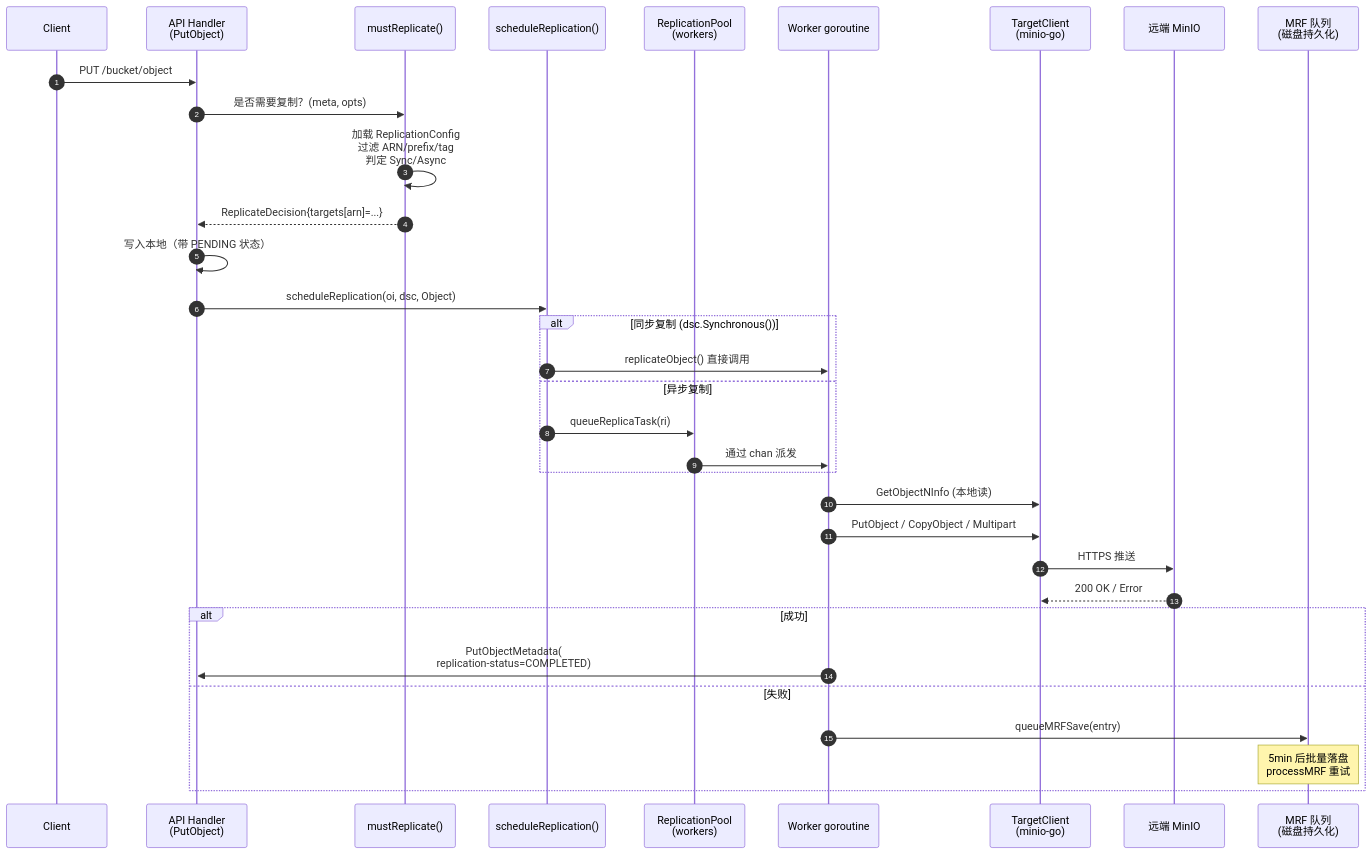
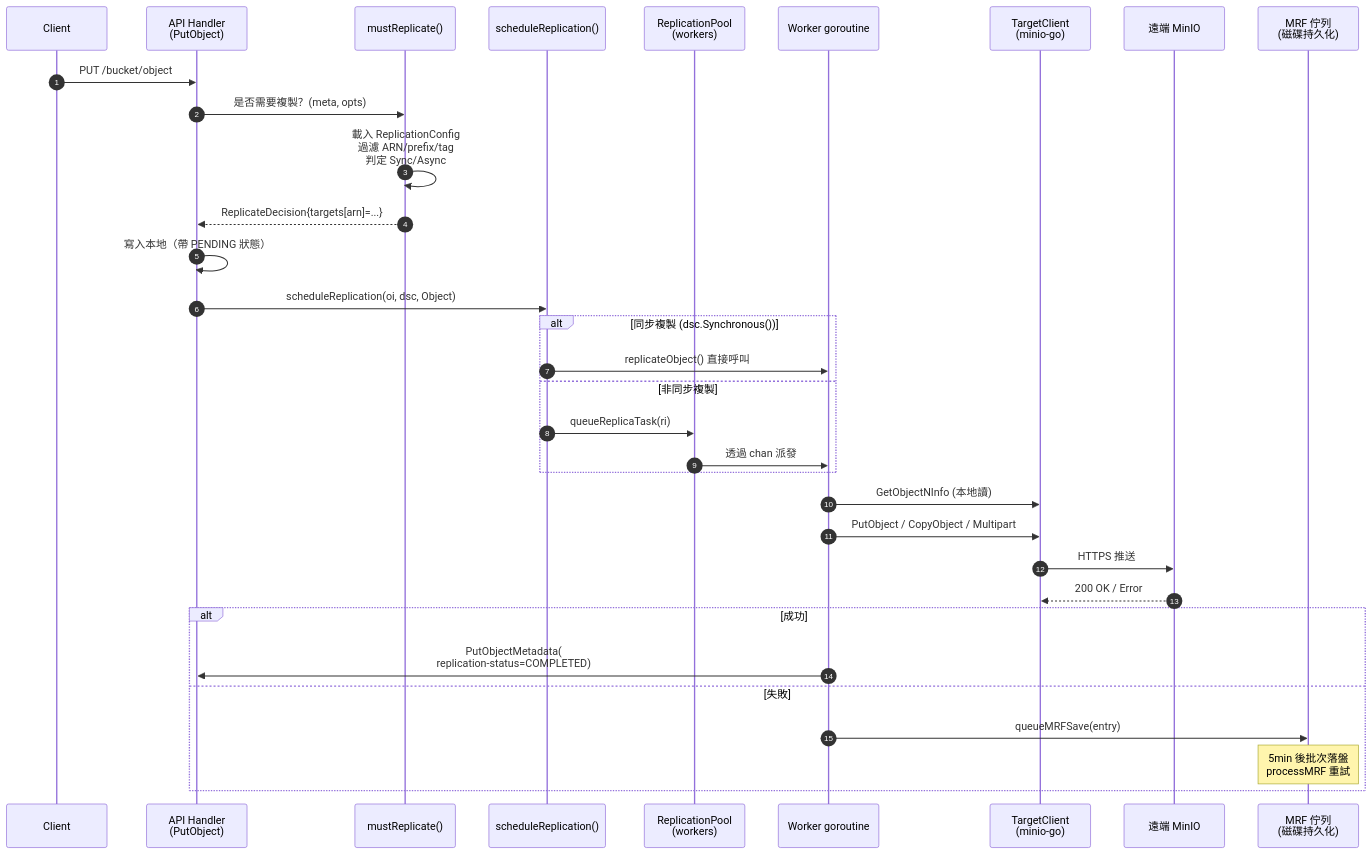
One commit to cysu01/minio changed the first of 8 diagrams in repo-analysis/drafts/06-module-replication.md. Above: the diagram before and after it, drawn with Mermaid. The commit also changed other lines of this file and 14 other files, not shown here.

````diff
--- a/repo-analysis/drafts/06-module-replication.md
+++ b/repo-analysis/drafts/06-module-replication.md
@@ -20,36 +20,36 @@
 ```mermaid
 sequenceDiagram
     autonumber
     participant Client
     participant API as API Handler<br/>(PutObject)
     participant MR as mustReplicate()
     participant SR as scheduleReplication()
     participant Pool as ReplicationPool<br/>(workers)
     participant Worker as Worker goroutine
     participant Tgt as TargetClient<br/>(minio-go)
-    participant Remote as 远端 MinIO
-    participant MRF as MRF 队列<br/>(磁盘持久化)
+    participant Remote as 遠端 MinIO
+    participant MRF as MRF 佇列<br/>(磁碟持久化)
 
     Client->>API: PUT /bucket/object
-    API->>MR: 是否需要复制？(meta, opts)
-    MR->>MR: 加载 ReplicationConfig<br/>过滤 ARN/prefix/tag<br/>判定 Sync/Async
+    API->>MR: 是否需要複製？(meta, opts)
+    MR->>MR: 載入 ReplicationConfig<br/>過濾 ARN/prefix/tag<br/>判定 Sync/Async
     MR-->>API: ReplicateDecision{targets[arn]=...}
-    API->>API: 写入本地（带 PENDING 状态）
+    API->>API: 寫入本地（帶 PENDING 狀態）
     API->>SR: scheduleReplication(oi, dsc, Object)
-    alt 同步复制 (dsc.Synchronous())
-        SR->>Worker: replicateObject() 直接调用
-    else 异步复制
+    alt 同步複製 (dsc.Synchronous())
+        SR->>Worker: replicateObject() 直接呼叫
+    else 非同步複製
         SR->>Pool: queueReplicaTask(ri)
-        Pool->>Worker: 通过 chan 派发
+        Pool->>Worker: 透過 chan 派發
     end
-    Worker->>Tgt: GetObjectNInfo (本地读)
+    Worker->>Tgt: GetObjectNInfo (本地讀)
     Worker->>Tgt: PutObject / CopyObject / Multipart
     Tgt->>Remote: HTTPS 推送
     Remote-->>Tgt: 200 OK / Error
     alt 成功
         Worker->>API: PutObjectMetadata(<br/>replication-status=COMPLETED)
-    else 失败
+    else 失敗
         Worker->>MRF: queueMRFSave(entry)
-        Note over MRF: 5min 后批量落盘<br/>processMRF 重试
+        Note over MRF: 5min 後批次落盤<br/>processMRF 重試
     end
 ```
````
